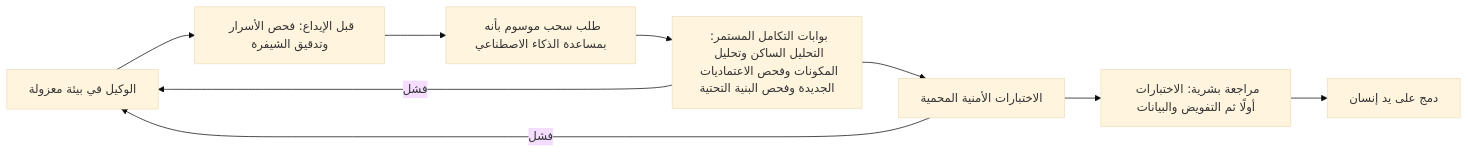
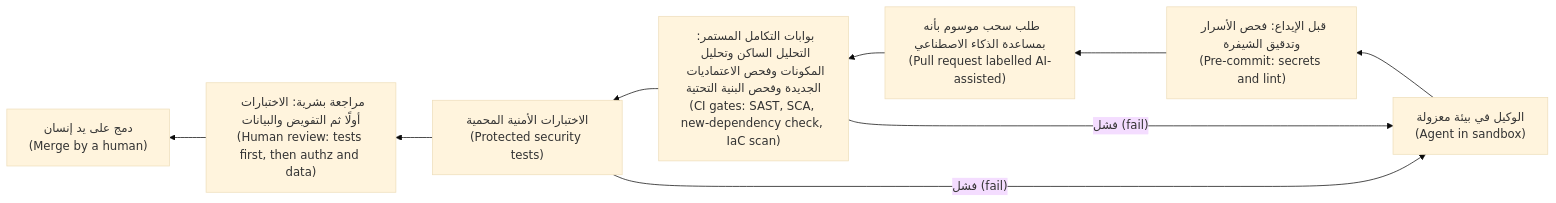
The third of 3 diagrams in secai/modules/06-sdlc.ar.md (Tamoura/system-design-for-vibe-coders), drawn with Mermaid (base theme) before and after one commit. The commit also changed other lines of this file and 11 other files, not shown here.

First line of the commit message:
Security course: Arabic modules 10–11 reviewed; RTL diagrams with English labels for modules 0–11

````diff
--- a/secai/modules/06-sdlc.ar.md
+++ b/secai/modules/06-sdlc.ar.md
@@ -642,11 +642,11 @@
 ```mermaid
-flowchart LR
-    A["الوكيل في بيئة معزولة"] --> H["قبل الإيداع: فحص الأسرار وتدقيق الشيفرة"]
-    H --> PR["طلب سحب موسوم بأنه بمساعدة الذكاء الاصطناعي"]
-    PR --> G["بوابات التكامل المستمر: التحليل الساكن وتحليل المكونات وفحص الاعتماديات الجديدة وفحص البنية التحتية"]
-    G --> T["الاختبارات الأمنية المحمية"]
-    T --> RV["مراجعة بشرية: الاختبارات أولًا ثم التفويض والبيانات"]
-    RV --> M["دمج على يد إنسان"]
-    G -->|"فشل"| A
-    T -->|"فشل"| A
+flowchart RL
+    A["الوكيل في بيئة معزولة<br/>(Agent in sandbox)"] --> H["قبل الإيداع: فحص الأسرار وتدقيق الشيفرة<br/>(Pre-commit: secrets and lint)"]
+    H --> PR["طلب سحب موسوم بأنه بمساعدة الذكاء الاصطناعي<br/>(Pull request labelled AI-assisted)"]
+    PR --> G["بوابات التكامل المستمر: التحليل الساكن وتحليل المكونات وفحص الاعتماديات الجديدة وفحص البنية التحتية<br/>(CI gates: SAST, SCA, new-dependency check, IaC scan)"]
+    G --> T["الاختبارات الأمنية المحمية<br/>(Protected security tests)"]
+    T --> RV["مراجعة بشرية: الاختبارات أولًا ثم التفويض والبيانات<br/>(Human review: tests first, then authz and data)"]
+    RV --> M["دمج على يد إنسان<br/>(Merge by a human)"]
+    G -->|"فشل (fail)"| A
+    T -->|"فشل (fail)"| A
 ```
````
